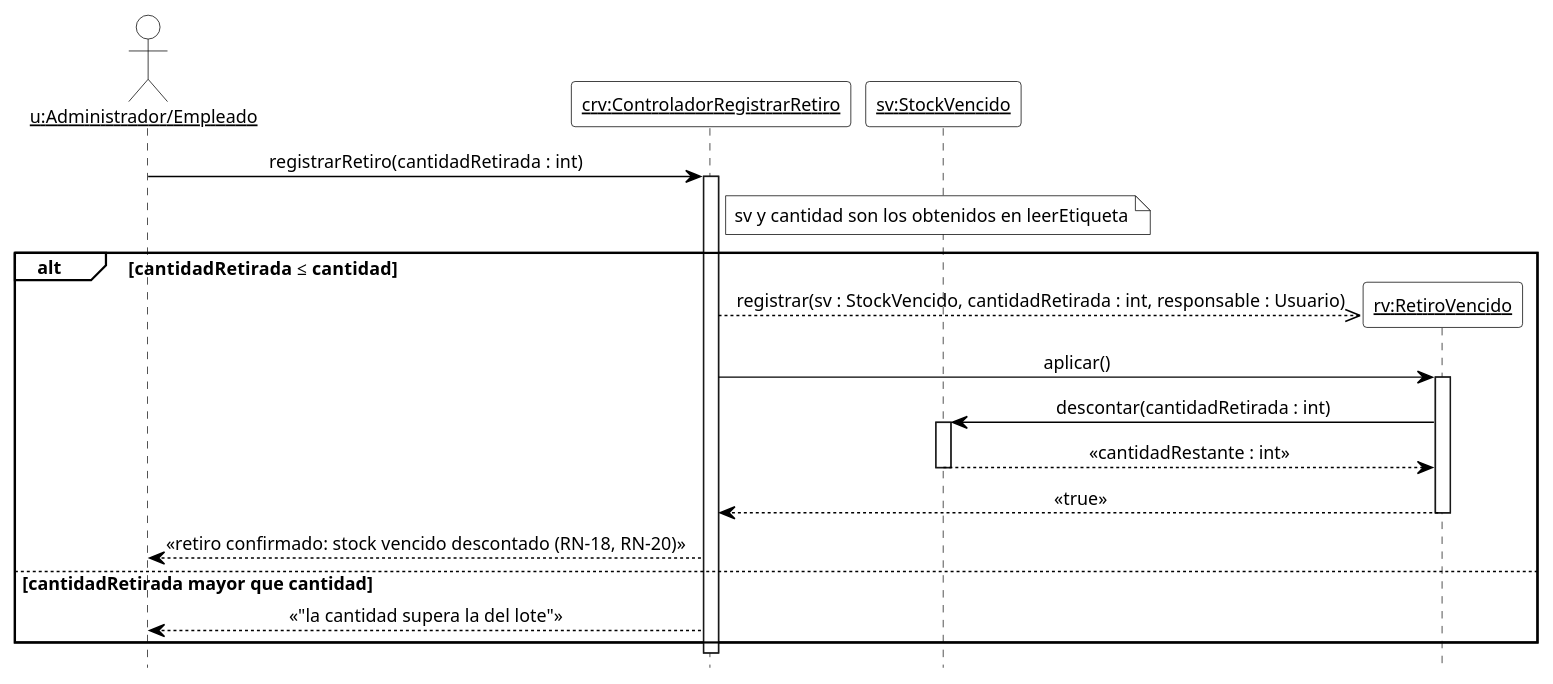
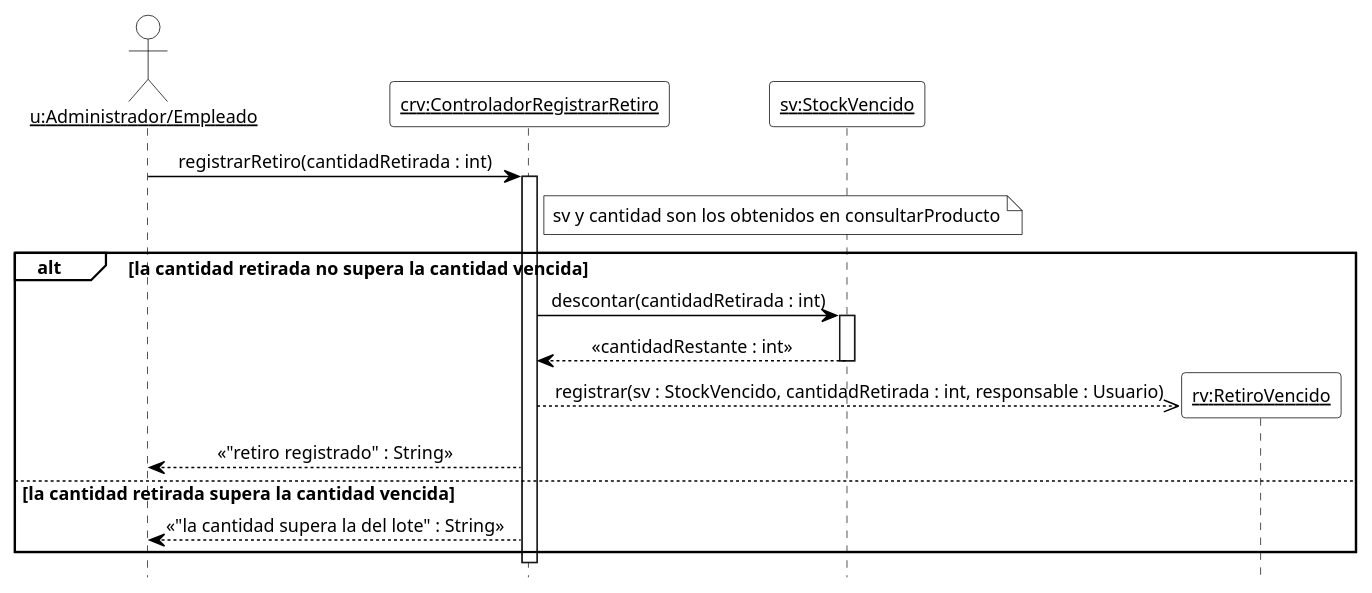
Diagram 15 of 18 in 08-Diagrama De Secuencia/Diagramas_de_Secuencia.md (cirotop/Stock-Project), drawn with PlantUML before and after one commit. The commit also changed other lines of this file and 22 other files, not shown here.

````diff
--- a/08-Diagrama De Secuencia/Diagramas_de_Secuencia.md
+++ b/08-Diagrama De Secuencia/Diagramas_de_Secuencia.md
@@ -1047,45 +1023,43 @@
 ```plantuml
 @startuml DSD_CU-07_registrarRetiro
 ' Diagrama de Secuencia de Diseño (DSD) - CU-07 Registrar retiro de mercadería vencida - registrarRetiro
 ' Estilo de los ejemplos de la teoría (introducirArticulo / crearNuevaVenta).
 hide footbox
 skinparam shadowing false
 skinparam defaultFontName Arial
 skinparam defaultFontSize 12
 skinparam sequenceMessageAlign center
 skinparam ArrowColor black
 skinparam ParticipantBackgroundColor white
 skinparam ParticipantBorderColor black
 skinparam CollectionsBackgroundColor white
 skinparam CollectionsBorderColor black
 skinparam ActorBackgroundColor white
 skinparam ActorBorderColor black
 skinparam LifeLineBorderColor black
 skinparam LifeLineBackgroundColor white
 skinparam SequenceGroupBackgroundColor white
 skinparam SequenceGroupBorderColor black
 skinparam SequenceGroupHeaderFontColor black
 skinparam NoteBackgroundColor white
 skinparam NoteBorderColor black
 
 actor "<u>u:Administrador/Empleado</u>" as u
 participant "<u>crv:ControladorRegistrarRetiro</u>" as crv
 participant "<u>sv:StockVencido</u>" as sv
 
 u -> crv ++ : registrarRetiro(cantidadRetirada : int)
-note right of crv : sv y cantidad son los obtenidos en leerEtiqueta
-alt cantidadRetirada ≤ cantidad
+note right of crv : sv y cantidad son los obtenidos en consultarProducto
+alt la cantidad retirada no supera la cantidad vencida
+  crv -> sv ++ : descontar(cantidadRetirada : int)
+  sv --> crv -- : «cantidadRestante : int»
   create participant "<u>rv:RetiroVencido</u>" as rv
   crv -->> rv : registrar(sv : StockVencido, cantidadRetirada : int, responsable : Usuario)
-  crv -> rv ++ : aplicar()
-  rv -> sv ++ : descontar(cantidadRetirada : int)
-  sv --> rv -- : «cantidadRestante : int»
-  rv --> crv -- : «true»
-  crv --> u : «retiro confirmado: stock vencido descontado (RN-18, RN-20)»
-else cantidadRetirada mayor que cantidad
-  crv --> u : «"la cantidad supera la del lote"»
+  crv --> u : «"retiro registrado" : String»
+else la cantidad retirada supera la cantidad vencida
+  crv --> u : «"la cantidad supera la del lote" : String»
 end
 deactivate crv
 
 @enduml
 ```
````
